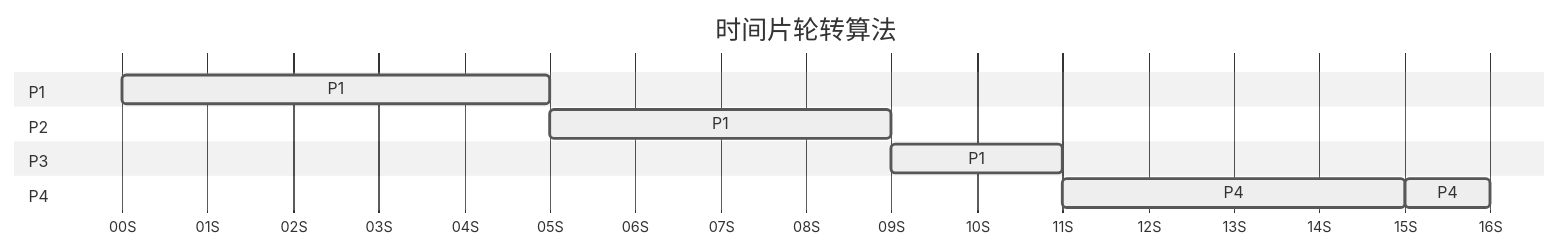
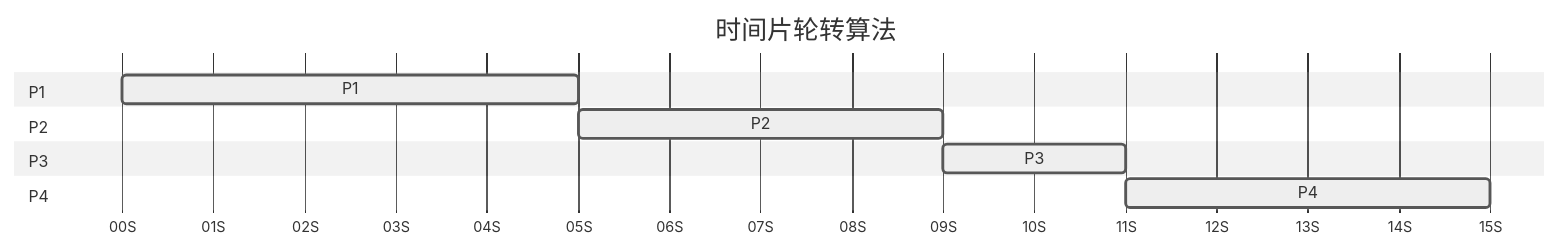
Before and after one commit to Han-Haocheng/my-mark: the fourth of 4 diagrams in 操作系统/第2章 进程管理/2.2 CPU调度.md, drawn with Mermaid (neutral theme). The commit also changed other lines of this file and 65 other files, not shown here.

````diff
--- a/操作系统/第2章 进程管理/2.2 CPU调度.md
+++ b/操作系统/第2章 进程管理/2.2 CPU调度.md
@@ -405,18 +462,17 @@
 ```mermaid
 ---
 displayMode: compact
 ---
 gantt
     title 时间片轮转算法
     dateFormat s
     axisFormat %SS
     section P1
     P1 :active, des1, 0, 5s
     section P2
-    P1 :active, des2, after des1, 4s
+    P2 :active, des2, after des1, 4s
     section P3
-    P1 :active, des3, after des2, 2s
+    P3 :active, des3, after des2, 2s
     section P4
     P4 :active, des4a, after des3, 4s
-    P4 :active, des4b, after des4a, 1s
 ```
````
